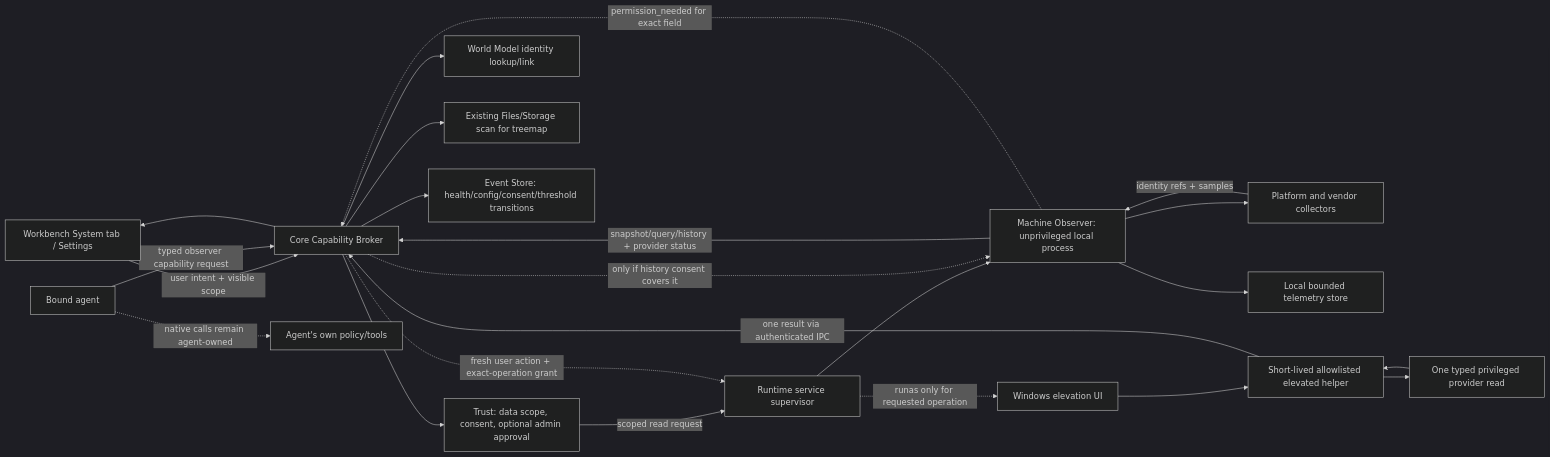
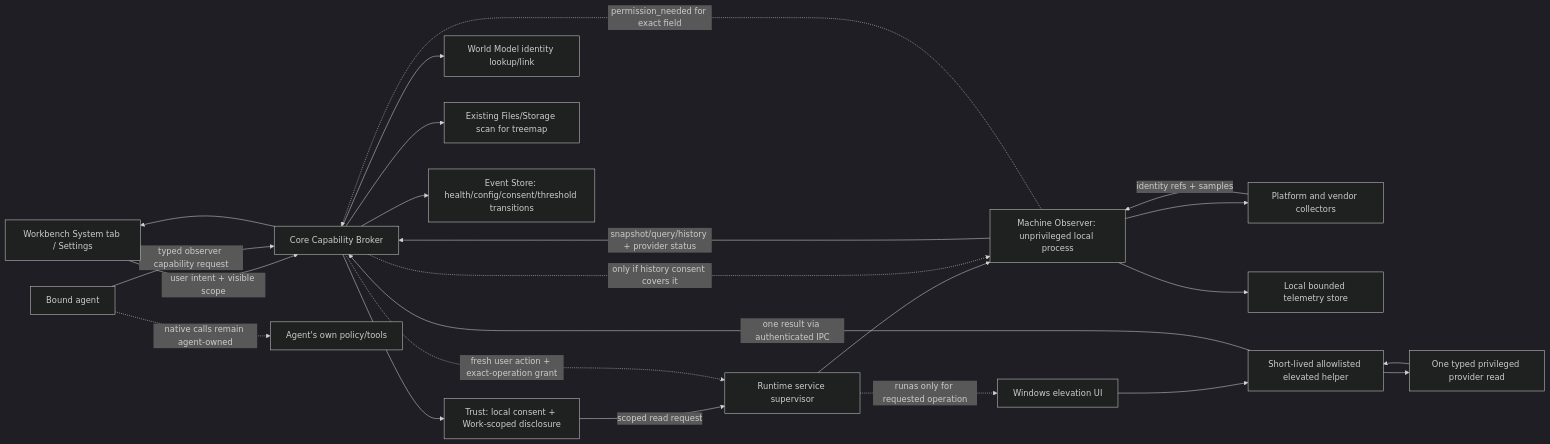
Before and after one commit to sarv-projects/agentcowork: the diagram in ARCH/51-MACHINE-OBSERVABILITY.md, drawn with Mermaid (dark theme). The commit also changed other lines of this file and 24 other files, not shown here.

Commit message:
docs: finalize architecture and delivery references

````diff
--- a/ARCH/51-MACHINE-OBSERVABILITY.md
+++ b/ARCH/51-MACHINE-OBSERVABILITY.md
@@ -33,25 +33,25 @@
 ```mermaid
 flowchart LR
   UI[Workbench System tab / Settings] -->|user intent + visible scope| CORE[Core Capability Broker]
   AG[Bound agent] -->|typed observer capability request| CORE
-  CORE --> TRUST[Trust: data scope, consent, optional admin approval]
+  CORE --> TRUST[Trust: local consent + Work-scoped disclosure]
   TRUST -->|scoped read request| HOST[Runtime service supervisor]
   HOST --> OBS[Machine Observer: unprivileged local process]
   OBS --> COL[Platform and vendor collectors]
   OBS --> HIST[Local bounded telemetry store]
   COL -->|identity refs + samples| OBS
   OBS -->|snapshot/query/history + provider status| CORE
   CORE --> WORLD[World Model identity lookup/link]
   CORE --> FILES[Existing Files/Storage scan for treemap]
   CORE --> EVENTS[Event Store: health/config/consent/threshold transitions]
   CORE --> UI
   OBS -. permission_needed for exact field .-> CORE
   CORE -. fresh user action + exact-operation grant .-> HOST
   HOST -. runas only for requested operation .-> UAC[Windows elevation UI]
   UAC --> HELPER[Short-lived allowlisted elevated helper]
   HELPER --> PRIV[One typed privileged provider read]
   PRIV --> HELPER
   HELPER -->|one result via authenticated IPC| CORE
   CORE -. only if history consent covers it .-> OBS
   AG -. native calls remain agent-owned .-> NATIVE[Agent's own policy/tools]
 ```
````
